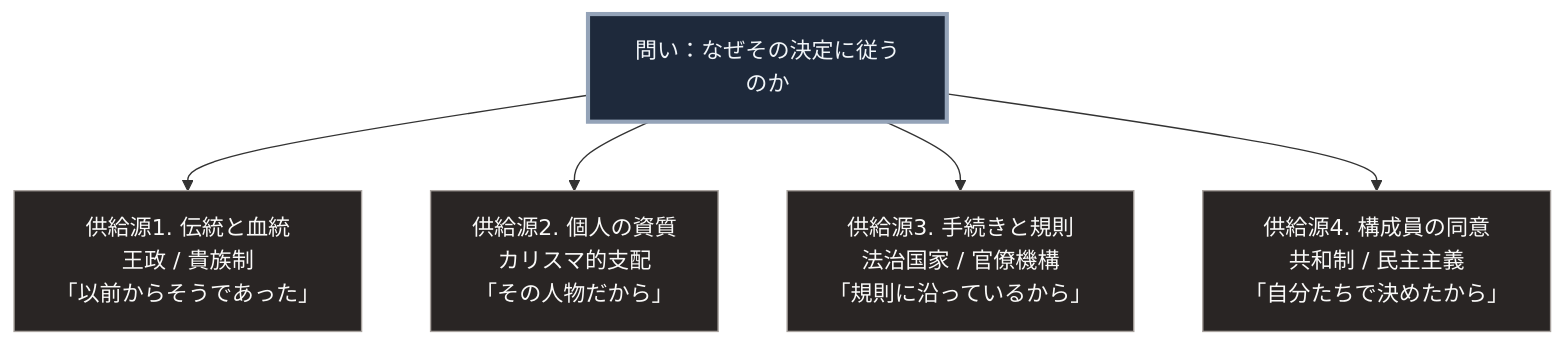
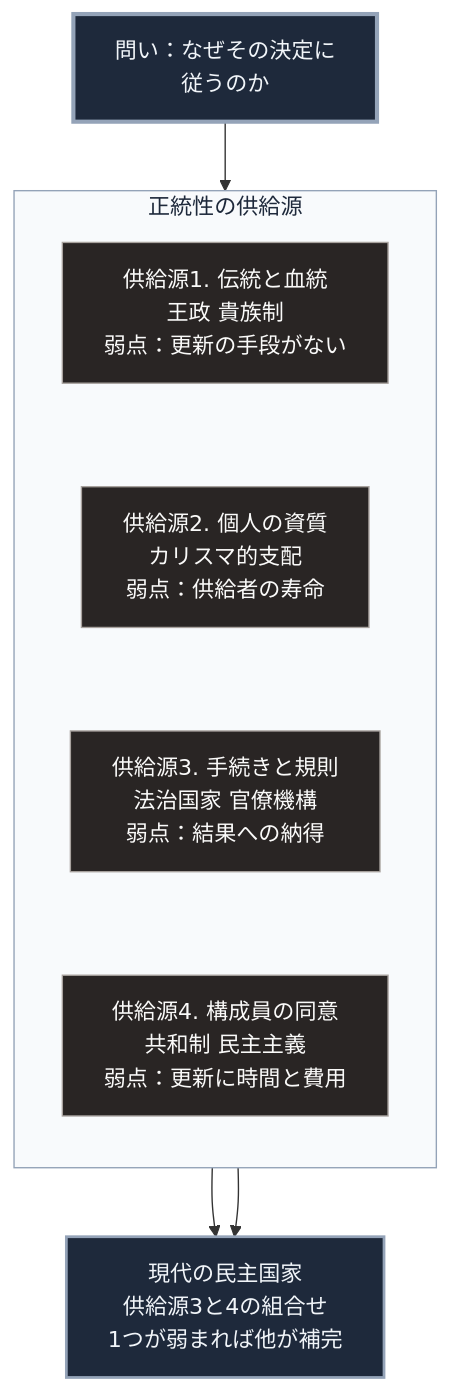
The diagram in books/sovereign-resilience-blueprint/isms-overview.md (Takenori-Kusaka/zenn-content), drawn with Mermaid before and after one commit. The commit also changed other lines of this file and 114 other files, not shown here.

````diff
--- a/books/sovereign-resilience-blueprint/isms-overview.md
+++ b/books/sovereign-resilience-blueprint/isms-overview.md
@@ -61,15 +61,21 @@
 ```mermaid
 flowchart TD
-    Q[問い：なぜその決定に従うのか]
-
-    Q --> L1[供給源1. 伝統と血統<br>王政 / 貴族制<br>「以前からそうであった」]
-    Q --> L2[供給源2. 個人の資質<br>カリスマ的支配<br>「その人物だから」]
-    Q --> L3[供給源3. 手続きと規則<br>法治国家 / 官僚機構<br>「規則に沿っているから」]
-    Q --> L4[供給源4. 構成員の同意<br>共和制 / 民主主義<br>「自分たちで決めたから」]
+    Q[問い：なぜその決定に<br>従うのか]
+    Q --> G
+    subgraph G[正統性の供給源]
+        direction TB
+        L1[供給源1. 伝統と血統<br>王政 貴族制<br>弱点：更新の手段がない] ~~~ L2[供給源2. 個人の資質<br>カリスマ的支配<br>弱点：供給者の寿命]
+        L2 ~~~ L3[供給源3. 手続きと規則<br>法治国家 官僚機構<br>弱点：結果への納得]
+        L3 ~~~ L4[供給源4. 構成員の同意<br>共和制 民主主義<br>弱点：更新に時間と費用]
+    end
+    L3 --> M[現代の民主国家<br>供給源3と4の組合せ<br>1つが弱まれば他が補完]
+    L4 --> M
 
     style Q fill:#1e293b,stroke:#94a3b8,stroke-width:3px,color:#f1f5f9
+    style G fill:#f8fafc,stroke:#94a3b8,color:#1e293b
     style L1 fill:#292524,stroke:#a8a29e,color:#fafaf9
     style L2 fill:#292524,stroke:#a8a29e,color:#fafaf9
     style L3 fill:#292524,stroke:#a8a29e,color:#fafaf9
     style L4 fill:#292524,stroke:#a8a29e,color:#fafaf9
+    style M fill:#1e293b,stroke:#94a3b8,stroke-width:2px,color:#f1f5f9
 ```
````
